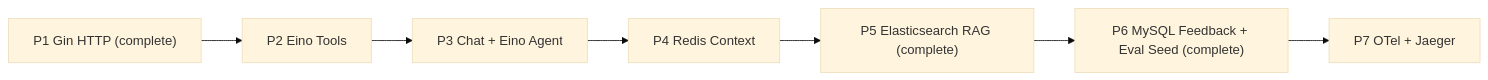
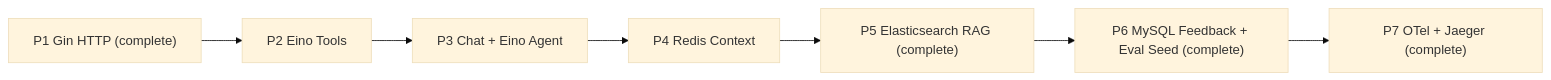
The diagram in docs/ROADMAP.md (jiawei-wang-dev/WatchOps-Lite), drawn with Mermaid (base theme) before and after one commit. The commit also changed other lines of this file and 27 other files, not shown here.

````diff
--- a/docs/ROADMAP.md
+++ b/docs/ROADMAP.md
@@ -162,9 +165,9 @@
 ```mermaid
 flowchart LR
     P1["P1 Gin HTTP (complete)"] --> P2["P2 Eino Tools"]
     P2 --> P3["P3 Chat + Eino Agent"]
     P3 --> P4["P4 Redis Context"]
     P4 --> P5["P5 Elasticsearch RAG (complete)"]
     P5 --> P6["P6 MySQL Feedback + Eval Seed (complete)"]
-    P6 --> P7["P7 OTel + Jaeger"]
+    P6 --> P7["P7 OTel + Jaeger (complete)"]
 ```
````
